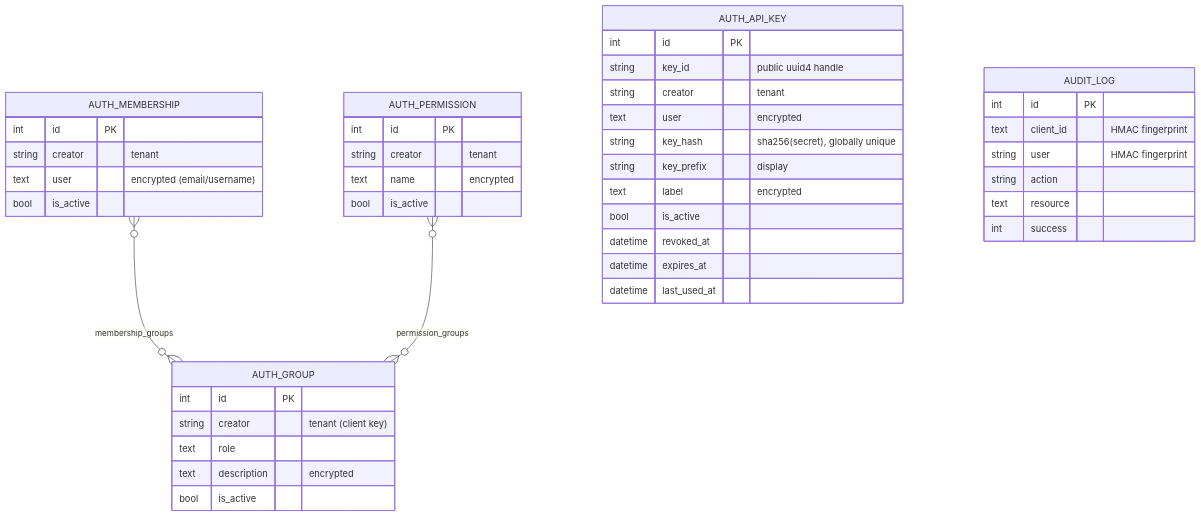
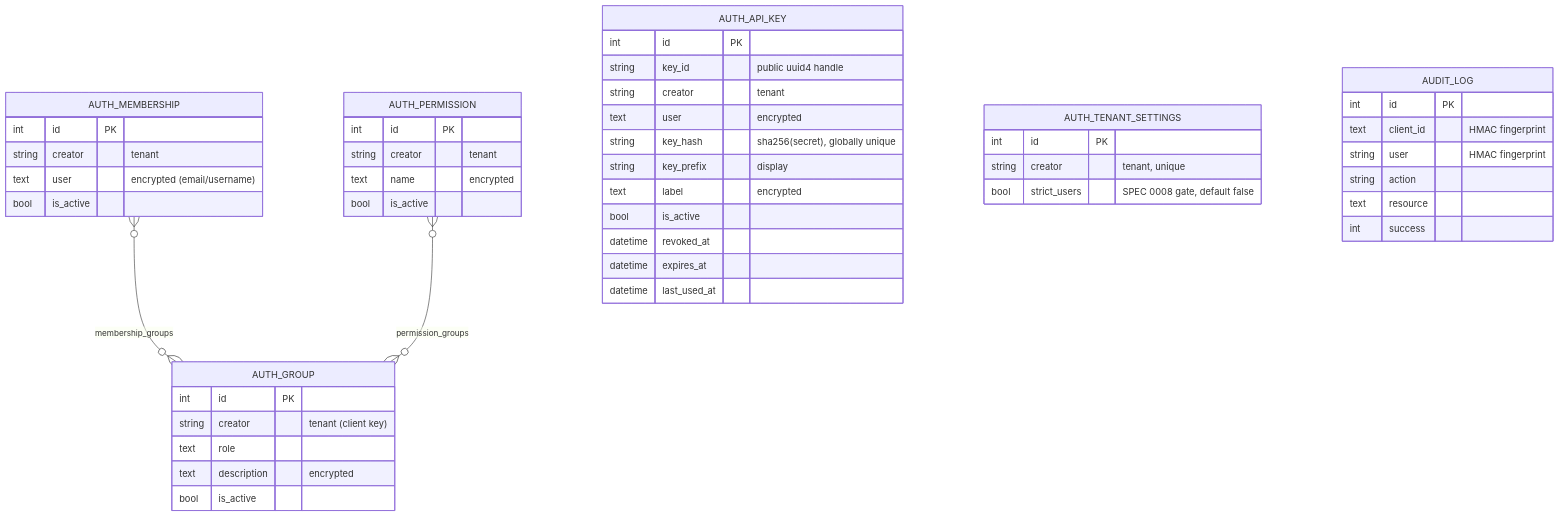
One commit to ourway/auth changed the fourth of 7 diagrams in docs/ARCHITECTURE.md. Above: the diagram before and after it, drawn with Mermaid. The commit also changed other lines of this file and 11 other files, not shown here.

````diff
--- a/docs/ARCHITECTURE.md
+++ b/docs/ARCHITECTURE.md
@@ -111,45 +111,50 @@
 ```mermaid
 erDiagram
   AUTH_GROUP {
     int id PK
     string creator "tenant (client key)"
     text role
     text description "encrypted"
     bool is_active
   }
   AUTH_MEMBERSHIP {
     int id PK
     string creator "tenant"
     text user "encrypted (email/username)"
     bool is_active
   }
   AUTH_PERMISSION {
     int id PK
     string creator "tenant"
     text name "encrypted"
     bool is_active
   }
   AUTH_API_KEY {
     int id PK
     string key_id "public uuid4 handle"
     string creator "tenant"
     text user "encrypted"
     string key_hash "sha256(secret), globally unique"
     string key_prefix "display"
     text label "encrypted"
     bool is_active
     datetime revoked_at
     datetime expires_at
     datetime last_used_at
   }
+  AUTH_TENANT_SETTINGS {
+    int id PK
+    string creator "tenant, unique"
+    bool strict_users "SPEC 0008 gate, default false"
+  }
   AUDIT_LOG {
     int id PK
     text client_id "HMAC fingerprint"
     string user "HMAC fingerprint"
     string action
     text resource
     int success
   }
   AUTH_MEMBERSHIP }o--o{ AUTH_GROUP : membership_groups
   AUTH_PERMISSION }o--o{ AUTH_GROUP : permission_groups
 ```
````
